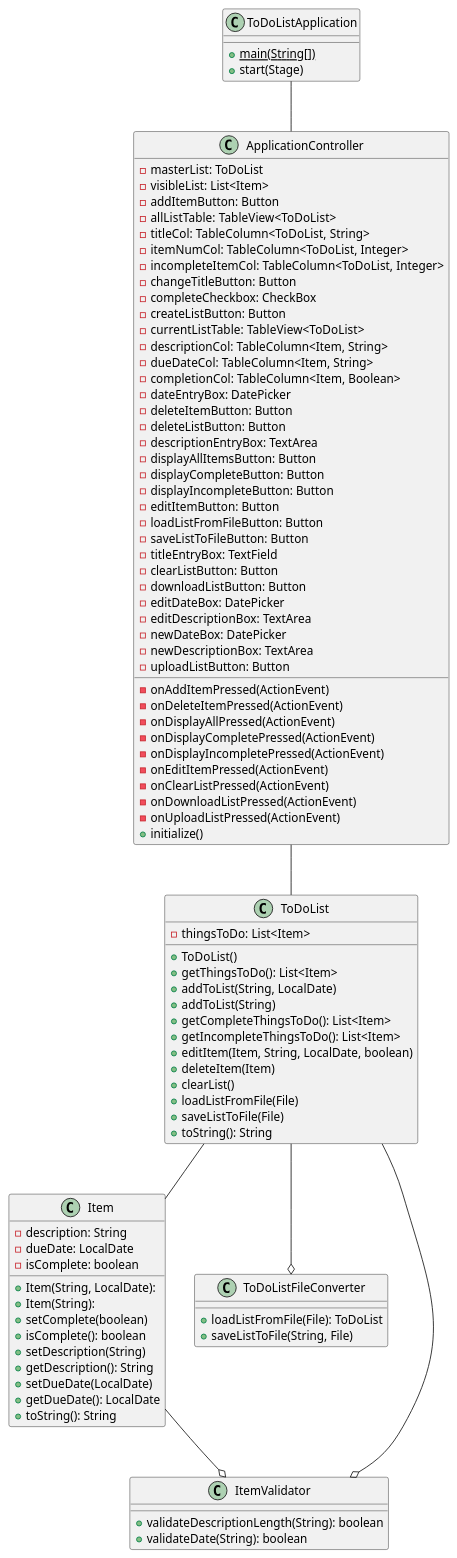
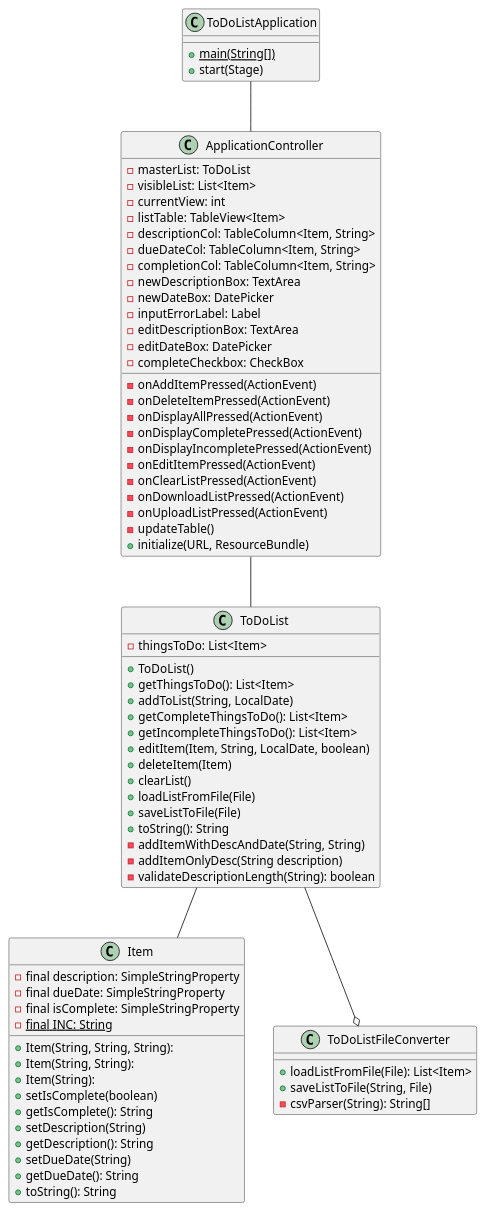
The diagram in docs/todolistuml.puml (MRosario530/Rosario-app1-impl), drawn with PlantUML before and after one commit. The commit also changed 15 other files, not shown here.

Commit message:
committing near complete to do list application with working classes, GUI, test cases and UML

```diff
--- a/docs/todolistuml.puml
+++ b/docs/todolistuml.puml
@@ -1,109 +1,89 @@
 @startuml
 
 class ToDoListApplication {
     'methods
     +main(String[]) {static}
     +start(Stage)
 }
 
 class ApplicationController {
     'attributes
     -masterList: ToDoList
     -visibleList: List<Item>
-    -addItemButton: Button
-    -allListTable: TableView<ToDoList>
-    -titleCol: TableColumn<ToDoList, String>
-    -itemNumCol: TableColumn<ToDoList, Integer>
-    -incompleteItemCol: TableColumn<ToDoList, Integer>
-    -changeTitleButton: Button
-    -completeCheckbox: CheckBox
-    -createListButton: Button
-    -currentListTable: TableView<ToDoList>
+    -currentView: int
+    -listTable: TableView<Item>
     -descriptionCol: TableColumn<Item, String>
     -dueDateCol: TableColumn<Item, String>
-    -completionCol: TableColumn<Item, Boolean>
-    -dateEntryBox: DatePicker
-    -deleteItemButton: Button
-    -deleteListButton: Button
-    -descriptionEntryBox: TextArea
-    -displayAllItemsButton: Button
-    -displayCompleteButton: Button
-    -displayIncompleteButton: Button
-    -editItemButton: Button
-    -loadListFromFileButton: Button
-    -saveListToFileButton: Button
-    -titleEntryBox: TextField
-    -clearListButton: Button
-    -downloadListButton: Button
+    -completionCol: TableColumn<Item, String>
+    -newDescriptionBox: TextArea
+    -newDateBox: DatePicker
+    -inputErrorLabel: Label
+    -editDescriptionBox: TextArea
     -editDateBox: DatePicker
-    -editDescriptionBox: TextArea
-    -newDateBox: DatePicker
-    -newDescriptionBox: TextArea
-    -uploadListButton: Button
+    -completeCheckbox: CheckBox
     'methods
     -onAddItemPressed(ActionEvent)
     -onDeleteItemPressed(ActionEvent)
     -onDisplayAllPressed(ActionEvent)
     -onDisplayCompletePressed(ActionEvent)
     -onDisplayIncompletePressed(ActionEvent)
     -onEditItemPressed(ActionEvent)
     -onClearListPressed(ActionEvent)
     -onDownloadListPressed(ActionEvent)
     -onUploadListPressed(ActionEvent)
-    +initialize()
+    -updateTable()
+    +initialize(URL, ResourceBundle)
 }
 
 class Item {
     'attributes
-    -description: String
-    -dueDate: LocalDate
-    -isComplete: boolean
+    -final description: SimpleStringProperty
+    -final dueDate: SimpleStringProperty
+    -final isComplete: SimpleStringProperty
+    -final INC: String {static}
     'methods
-    +Item(String, LocalDate):
+    +Item(String, String, String):
+    +Item(String, String):
     +Item(String):
-    +setComplete(boolean)
-    +isComplete(): boolean
+    +setIsComplete(boolean)
+    +getIsComplete(): String
     +setDescription(String)
     +getDescription(): String
-    +setDueDate(LocalDate)
-    +getDueDate(): LocalDate
+    +setDueDate(String)
+    +getDueDate(): String
     +toString(): String
 }
 
 class ToDoList {
     'attributes
     -thingsToDo: List<Item>
     'methods
     +ToDoList()
     +getThingsToDo(): List<Item>
     +addToList(String, LocalDate)
-    +addToList(String)
     +getCompleteThingsToDo(): List<Item>
     +getIncompleteThingsToDo(): List<Item>
     +editItem(Item, String, LocalDate, boolean)
     +deleteItem(Item)
     +clearList()
     +loadListFromFile(File)
     +saveListToFile(File)
     +toString(): String
+    -addItemWithDescAndDate(String, String)
+    -addItemOnlyDesc(String description)
+    -validateDescriptionLength(String): boolean
 }
 
 class ToDoListFileConverter {
     'methods
-    +loadListFromFile(File): ToDoList
+    +loadListFromFile(File): List<Item>
     +saveListToFile(String, File)
+    -csvParser(String): String[]
 }
 
-class ItemValidator {
-    'methods
-    +validateDescriptionLength(String): boolean
-    +validateDate(String): boolean
-}
 
 ToDoListApplication -- ApplicationController
 ApplicationController -- ToDoList
 ToDoList --o ToDoListFileConverter
 ToDoList -- Item
-Item --o ItemValidator
-ToDoList --o ItemValidator
 @enduml
```
